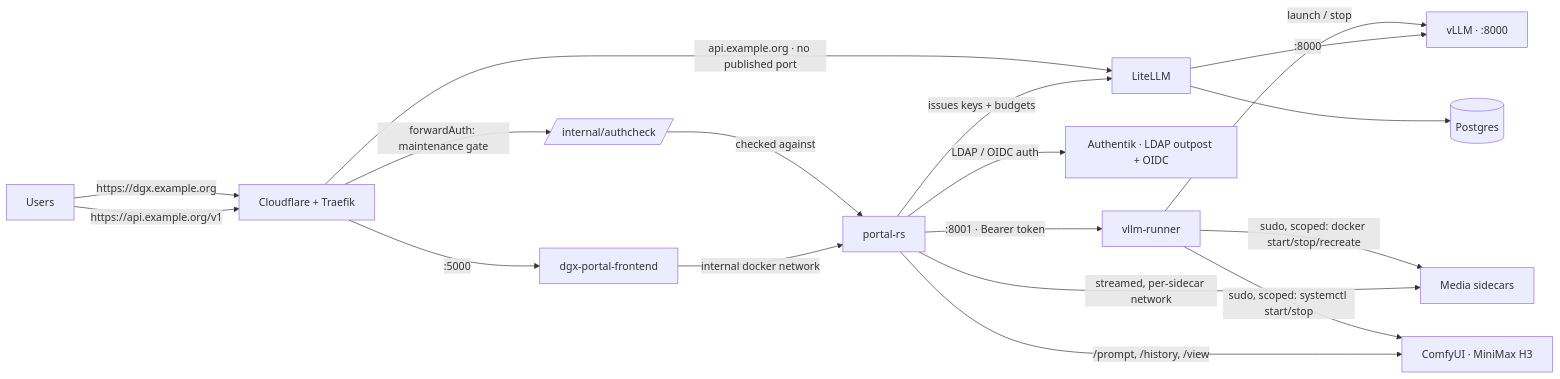
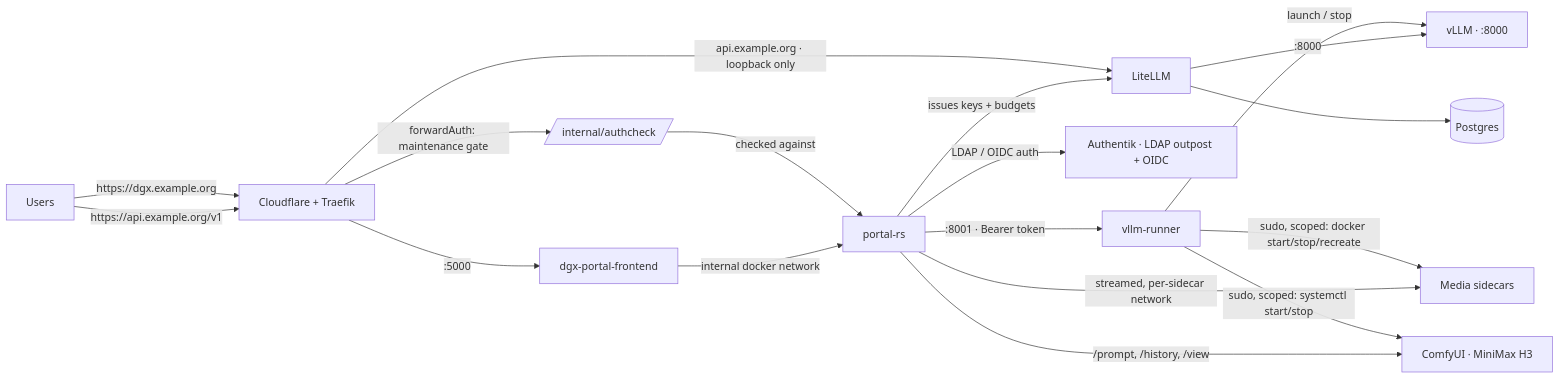
One commit to Sunderrrr/dgx-spark-llm-platform changed the diagram in docs/architecture.md. Above: the diagram before and after it, drawn with Mermaid. The commit also changed other lines of this file and 61 other files, not shown here.

````diff
--- a/docs/architecture.md
+++ b/docs/architecture.md
@@ -9,20 +9,20 @@
 ```mermaid
 flowchart LR
   U[Users] -->|https://dgx.example.org| CF[Cloudflare + Traefik]
   U -->|https://api.example.org/v1| CF
   CF -->|forwardAuth: maintenance gate| AC[/internal/authcheck/]
   AC -->|checked against| P
   CF -->|:5000| F[dgx-portal-frontend]
-  CF -->|api.example.org · no published port| L[LiteLLM]
+  CF -->|api.example.org · loopback only| L[LiteLLM]
   F -->|internal docker network| P[portal-rs]
   P -->|LDAP / OIDC auth| IDP[Authentik · LDAP outpost + OIDC]
   P -->|issues keys + budgets| L
   P -->|:8001 · Bearer token| R[vllm-runner]
   R -->|launch / stop| V[vLLM · :8000]
   R -->|sudo, scoped: docker start/stop/recreate| S[Media sidecars]
   R -->|sudo, scoped: systemctl start/stop| CU[ComfyUI · MiniMax H3]
   L -->|:8000| V
   L --> PG[(Postgres)]
   P -->|streamed, per-sidecar network| S
   P -->|/prompt, /history, /view| CU
 ```
````
